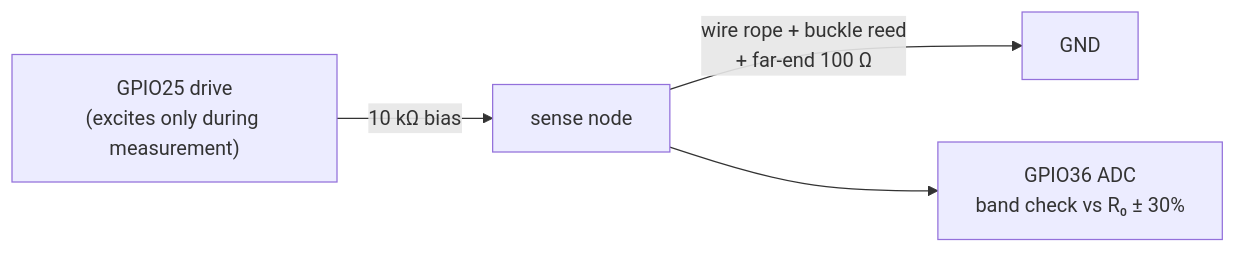
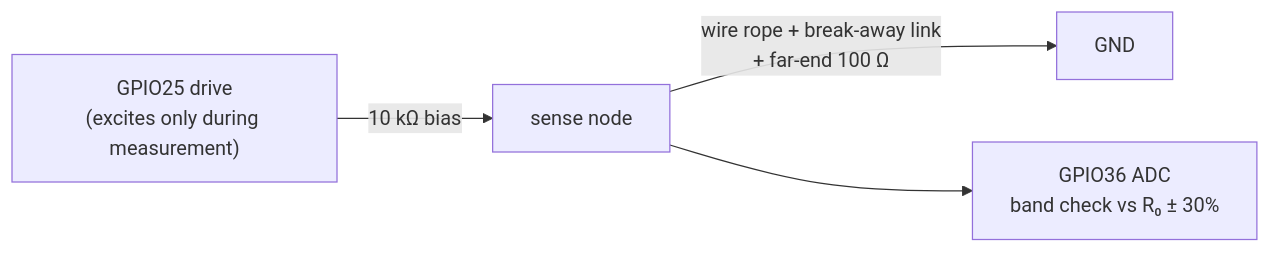
Before and after one commit to qppd/smart-collar: the diagram in docs/HARDWARE.md, drawn with Mermaid. The commit also changed other lines of this file and 11 other files, not shown here.

````diff
--- a/docs/HARDWARE.md
+++ b/docs/HARDWARE.md
@@ -63,6 +59,6 @@
 ```mermaid
 flowchart LR
     G25["GPIO25 drive<br/>(excites only during measurement)"] -- "10 kΩ bias" --> NODE["sense node"]
-    NODE -- "wire rope + buckle reed<br/>+ far-end 100 Ω" --> GND["GND"]
+    NODE -- "wire rope + break-away link<br/>+ far-end 100 Ω" --> GND["GND"]
     NODE --> ADC["GPIO36 ADC<br/>band check vs R₀ ± 30%"]
 ```
````
